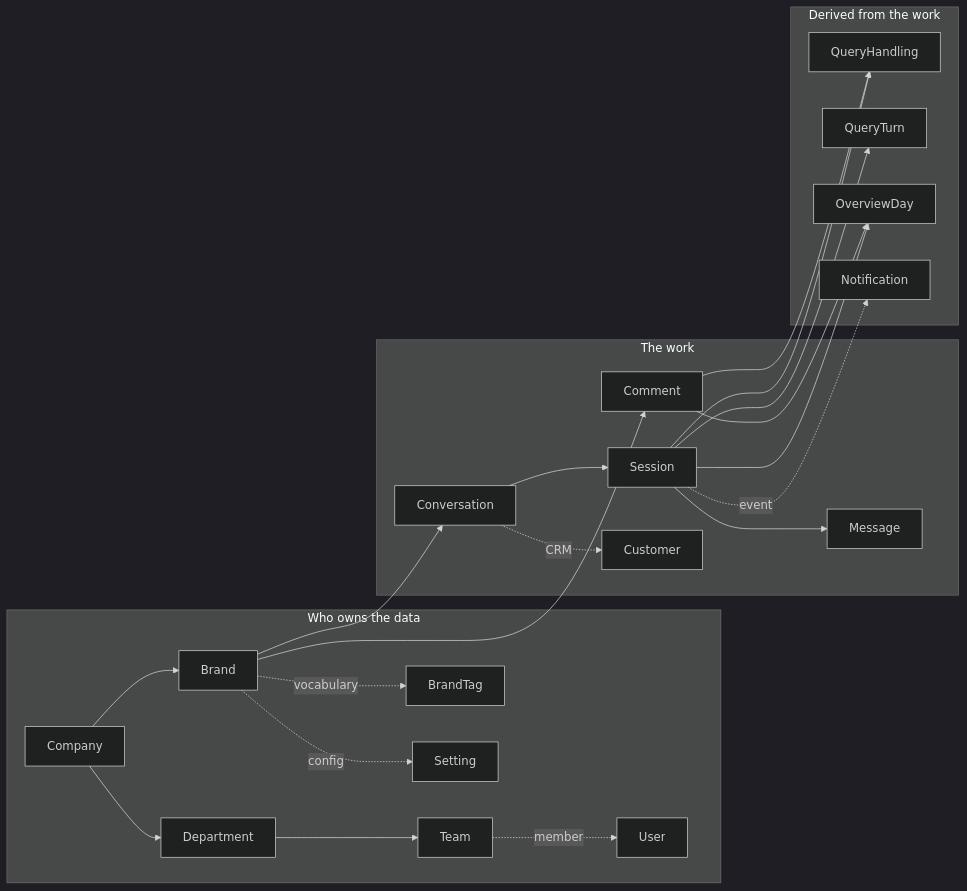
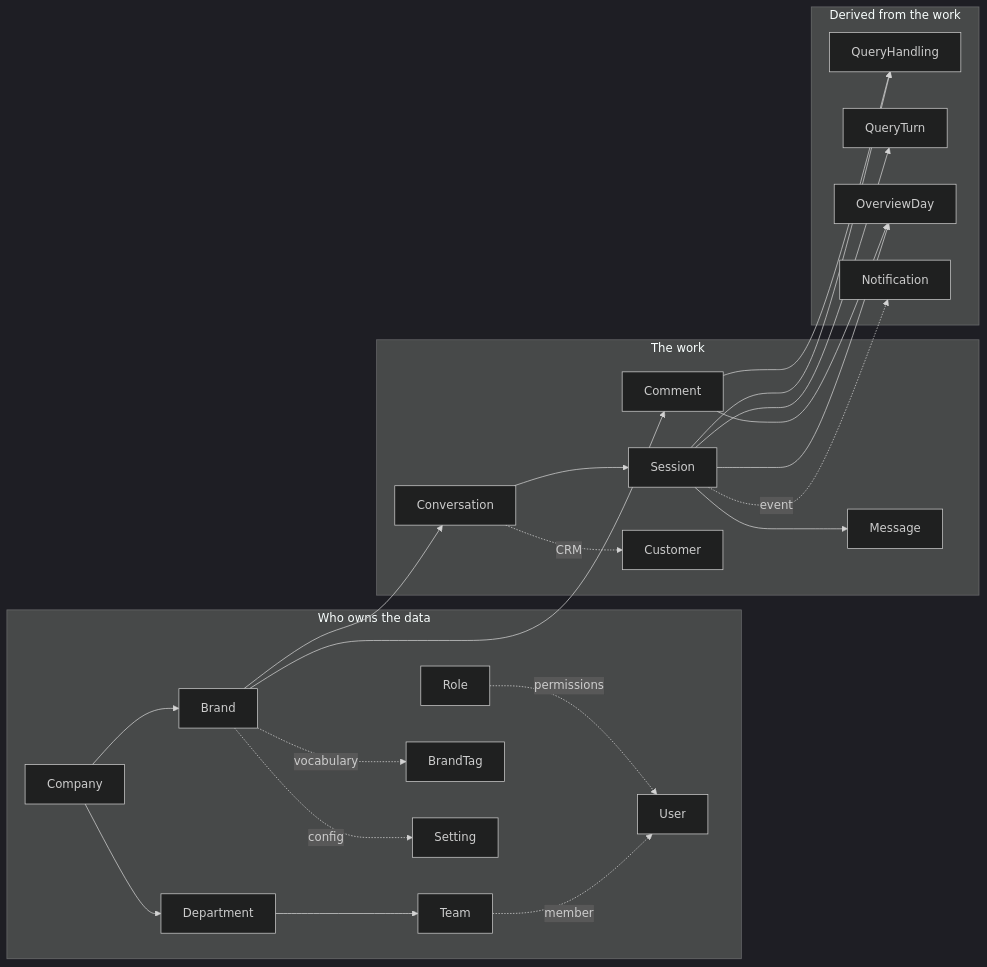
One commit to mdsalahuddin2001/fullstackshikhi changed the diagram in content/docs/listenyzen/index.mdx. Above: the diagram before and after it, drawn with Mermaid (dark theme). The commit also changed other lines of this file and 10 other files, not shown here.

````diff
--- a/content/docs/listenyzen/index.mdx
+++ b/content/docs/listenyzen/index.mdx
@@ -14,23 +14,24 @@
 ```mermaid
 flowchart LR
     subgraph own[Who owns the data]
         Company --> Brand
         Company --> Department --> Team
         Team -.member.-> User
+        Role -.permissions.-> User
         Brand -.vocabulary.-> BrandTag
         Brand -.config.-> Setting
     end
     subgraph work[The work]
         Brand --> Conversation --> Session --> Message
         Brand --> Comment
         Conversation -.CRM.-> Customer
     end
     subgraph derived[Derived from the work]
         Session --> QueryHandling
         Comment --> QueryHandling
         Session --> QueryTurn
         Session --> OverviewDay
         Comment --> OverviewDay
         Session -.event.-> Notification
     end
 ```
````
